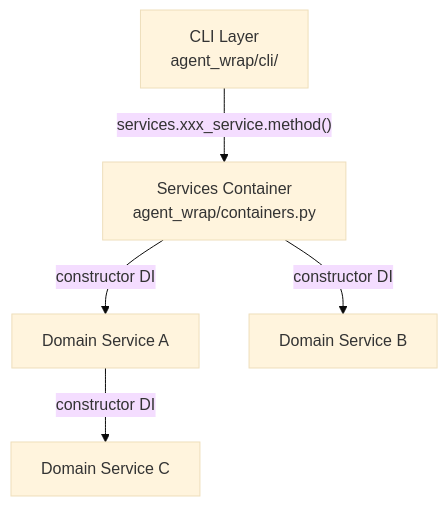
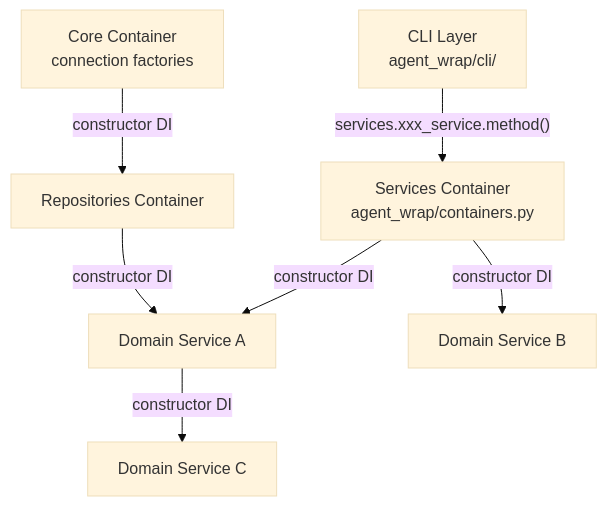
The diagram in docs/architecture.md (mayty/claude-agent-wrap), drawn with Mermaid (base theme) before and after one commit. The commit also changed other lines of this file and 46 other files, not shown here.

````diff
--- a/docs/architecture.md
+++ b/docs/architecture.md
@@ -43,7 +47,9 @@
 ```mermaid
 graph TD
     CLI["CLI Layer<br/>agent_wrap/cli/"] -->|"services.xxx_service.method()"| Container["Services Container<br/>agent_wrap/containers.py"]
     Container -->|"constructor DI"| SvcA["Domain Service A"]
     Container -->|"constructor DI"| SvcB["Domain Service B"]
     SvcA -->|"constructor DI"| SvcC["Domain Service C"]
+    Repos["Repositories Container"] -->|"constructor DI"| SvcA
+    Core["Core Container<br/>connection factories"] -->|"constructor DI"| Repos
 ```
````
